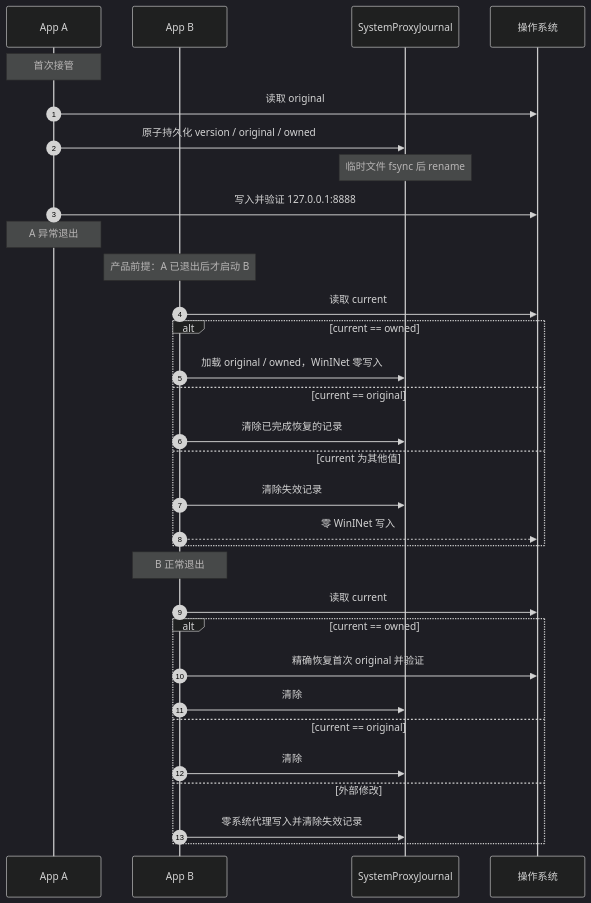
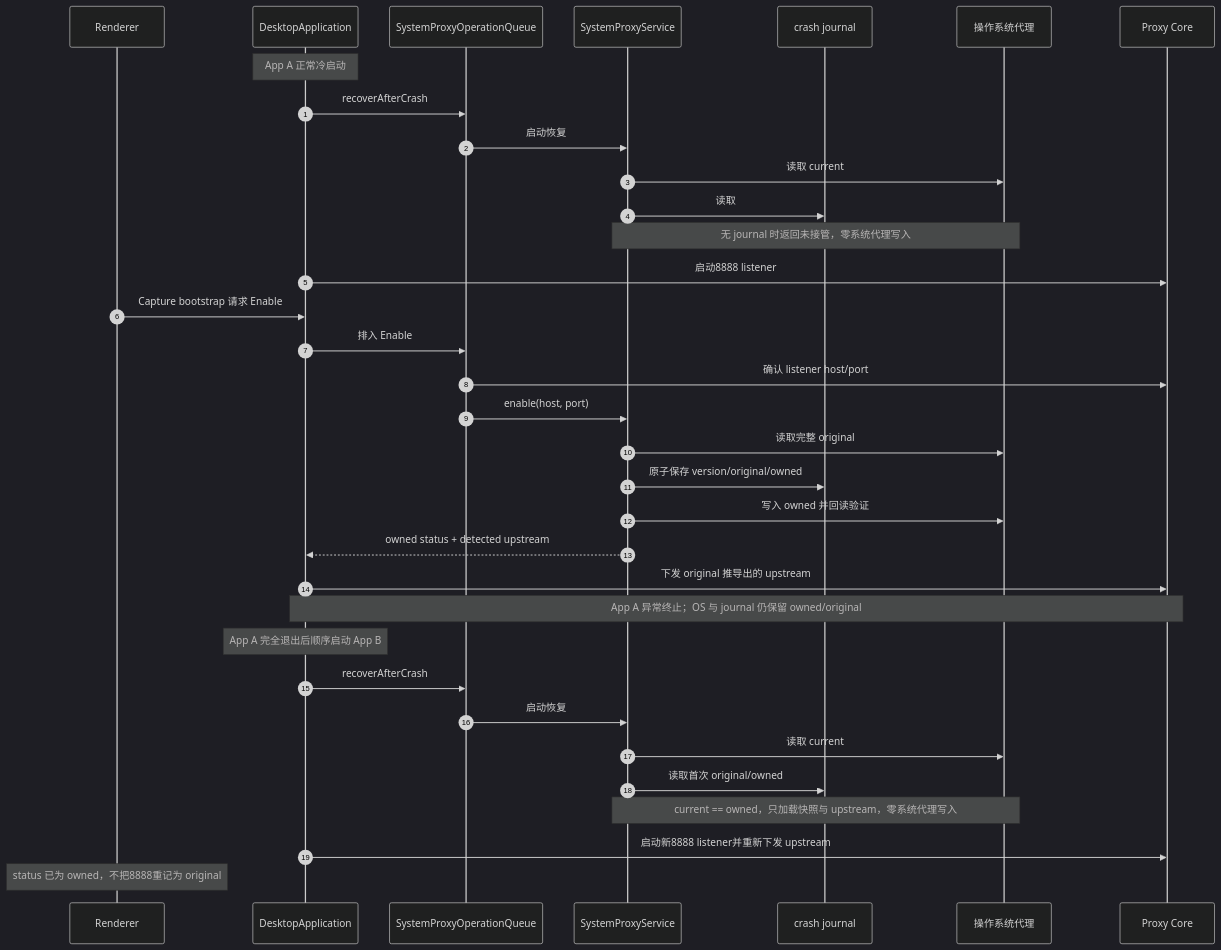
The third of 7 diagrams in architecture/features/settings.md (zhxmt-xm/Interceptor), drawn with Mermaid (dark theme) before and after one commit. The commit also changed other lines of this file and 2 other files, not shown here.

Commit message:
docs(architecture): clarify system proxy lifecycle

````diff
--- a/architecture/features/settings.md
+++ b/architecture/features/settings.md
@@ -190,37 +183,38 @@
 ```mermaid
 sequenceDiagram
-    autonumber
-    participant A as App A
-    participant B as App B
-    participant Journal as SystemProxyJournal
-    participant OS as 操作系统
+     autonumber
+     participant UI as Renderer
+     participant Main as DesktopApplication
+     participant Queue as SystemProxyOperationQueue
+     participant Svc as SystemProxyService
+     participant Journal as crash journal
+     participant OS as 操作系统代理
+     participant Core as Proxy Core
 
-    Note over A: 首次接管
-    A->>OS: 读取 original
-    A->>Journal: 原子持久化 version / original / owned
-    Note over Journal: 临时文件 fsync 后 rename
-    A->>OS: 写入并验证 127.0.0.1:8888
-    Note over A: A 异常退出
+     Note over Main: App A 正常冷启动
+     Main->>Queue: recoverAfterCrash
+     Queue->>Svc: 启动恢复
+     Svc->>OS: 读取 current
+     Svc->>Journal: 读取
+     Note over Svc,OS: 无 journal 时返回未接管，零系统代理写入
+     Main->>Core: 启动8888 listener
+     UI->>Main: Capture bootstrap 请求 Enable
+     Main->>Queue: 排入 Enable
+     Queue->>Core: 确认 listener host/port
+     Queue->>Svc: enable(host, port)
+     Svc->>OS: 读取完整 original
+     Svc->>Journal: 原子保存 version/original/owned
+     Svc->>OS: 写入 owned 并回读验证
+     Svc-->>Main: owned status + detected upstream
+     Main->>Core: 下发 original 推导出的 upstream
 
-    Note over B: 产品前提：A 已退出后才启动 B
-    B->>OS: 读取 current
-    alt current == owned
-        B->>Journal: 加载 original / owned，WinINet 零写入
-    else current == original
-        B->>Journal: 清除已完成恢复的记录
-    else current 为其他值
-        B->>Journal: 清除失效记录
-        B-->>OS: 零 WinINet 写入
-    end
-
-    Note over B: B 正常退出
-    B->>OS: 读取 current
-    alt current == owned
-        B->>OS: 精确恢复首次 original 并验证
-        B->>Journal: 清除
-    else current == original
-        B->>Journal: 清除
-    else 外部修改
-        B->>Journal: 零系统代理写入并清除失效记录
-    end
+     Note over Main,Core: App A 异常终止；OS 与 journal 仍保留 owned/original
+     Note over Main: App A 完全退出后顺序启动 App B
+     Main->>Queue: recoverAfterCrash
+     Queue->>Svc: 启动恢复
+     Svc->>OS: 读取 current
+     Svc->>Journal: 读取首次 original/owned
+     Note over Svc,OS: current == owned，只加载快照与 upstream，零系统代理写入
+     Main->>Core: 启动新8888 listener并重新下发 upstream
+     Note over UI: status 已为 owned，不把8888重记为 original
 ```
````
